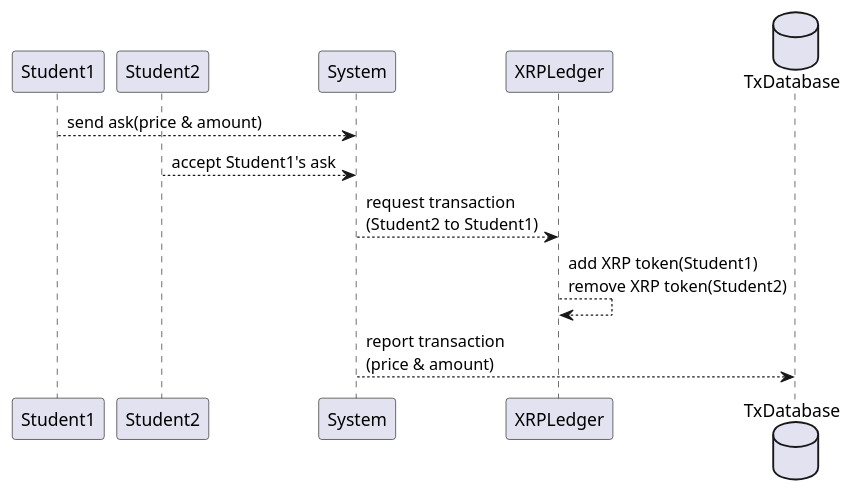
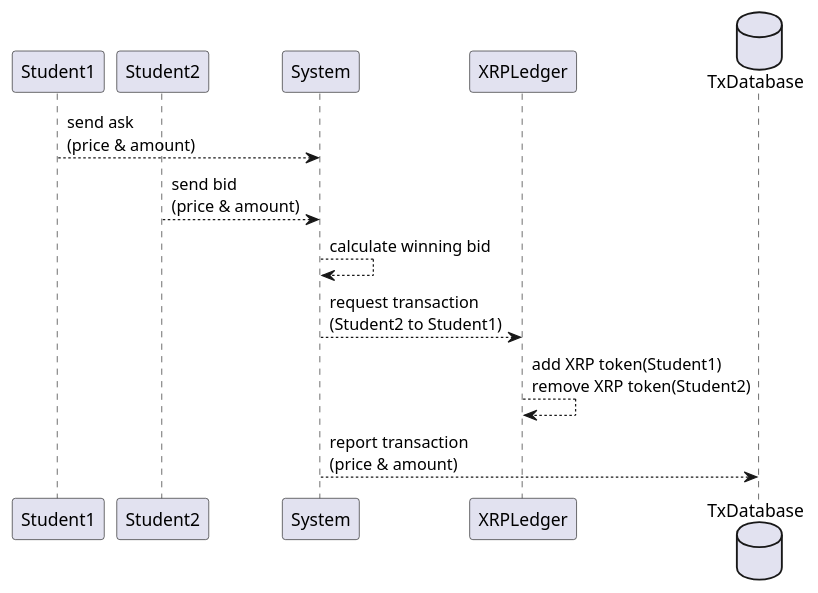
One commit to KyotoUniv-SIC/electoric-power-exchange changed the diagram in Seq03_StudentsTokenTransaction.plantuml. Above: the diagram before and after it, drawn with PlantUML. The commit also changed 6 other files, not shown here.

```diff
--- a/Seq03_StudentsTokenTransaction.plantuml
+++ b/Seq03_StudentsTokenTransaction.plantuml
@@ -1,13 +1,14 @@
 @startuml sequence
 participant Student1 as st1
 participant Student2 as st2
 participant System as sys
 participant XRPLedger as xl
 database TxDatabase as db2
 
-st1 --> sys : send ask(price & amount)
-st2 --> sys : accept Student1's ask
+st1 --> sys : send ask\n(price & amount)
+st2 --> sys : send bid\n(price & amount)
+sys --> sys : calculate winning bid
 sys --> xl : request transaction\n(Student2 to Student1)
 xl --> xl : add XRP token(Student1)\nremove XRP token(Student2)
 sys --> db2 : report transaction\n(price & amount) 
 @enduml
```
